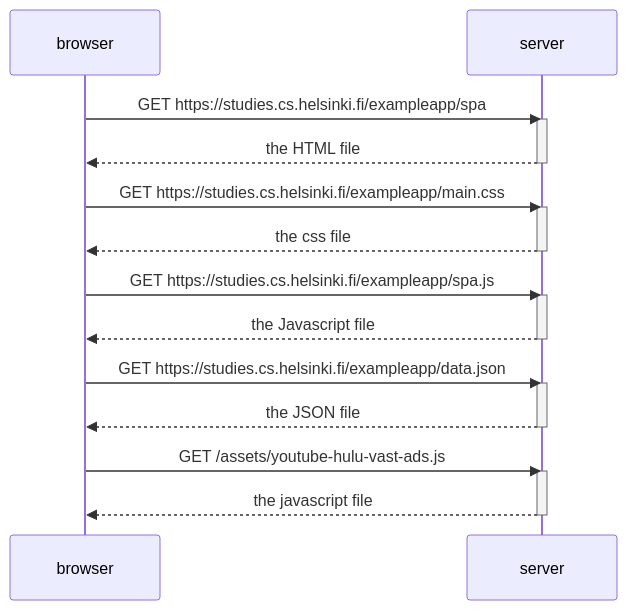
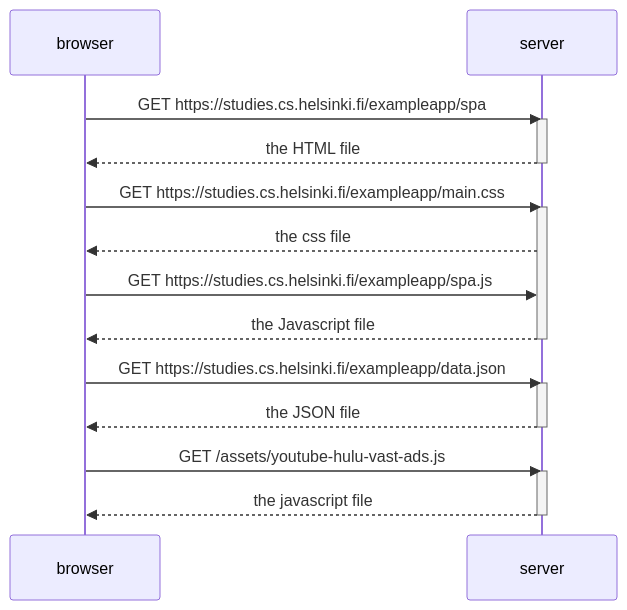
One commit to McKoy-Banton/FullStack-Course changed the diagram in part0/Ex0.5.md. Above: the diagram before and after it, drawn with Mermaid.

````diff
--- a/part0/Ex0.5.md
+++ b/part0/Ex0.5.md
@@ -1,32 +1,30 @@
 ```mermaid
   sequenceDiagram
     participant browser
     participant server
 
 
     browser->>server: GET https://studies.cs.helsinki.fi/exampleapp/spa
     activate server
     server-->>browser: the HTML file
     deactivate server
 
     browser->>server: GET https://studies.cs.helsinki.fi/exampleapp/main.css
     activate server
     server-->>browser: the css file
-    deactivate server
-
+    
     browser->>server: GET https://studies.cs.helsinki.fi/exampleapp/spa.js
-    activate server
     server-->>browser: the Javascript file
     deactivate server
 
     browser->>server: GET https://studies.cs.helsinki.fi/exampleapp/data.json
     activate server
     server-->>browser: the JSON file
     deactivate server
 
     browser->>server: GET /assets/youtube-hulu-vast-ads.js
     activate server
     server-->>browser: the javascript file
     deactivate server
 
 ```
````
